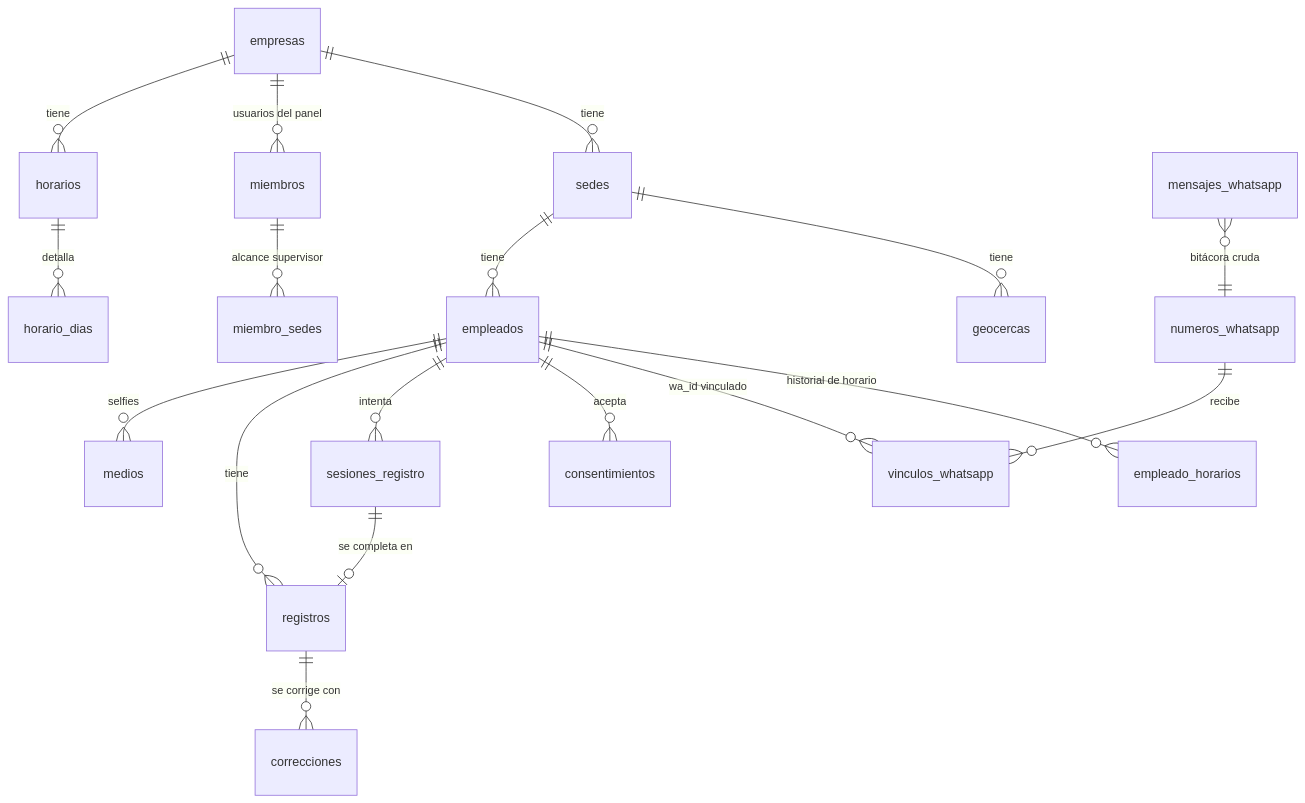
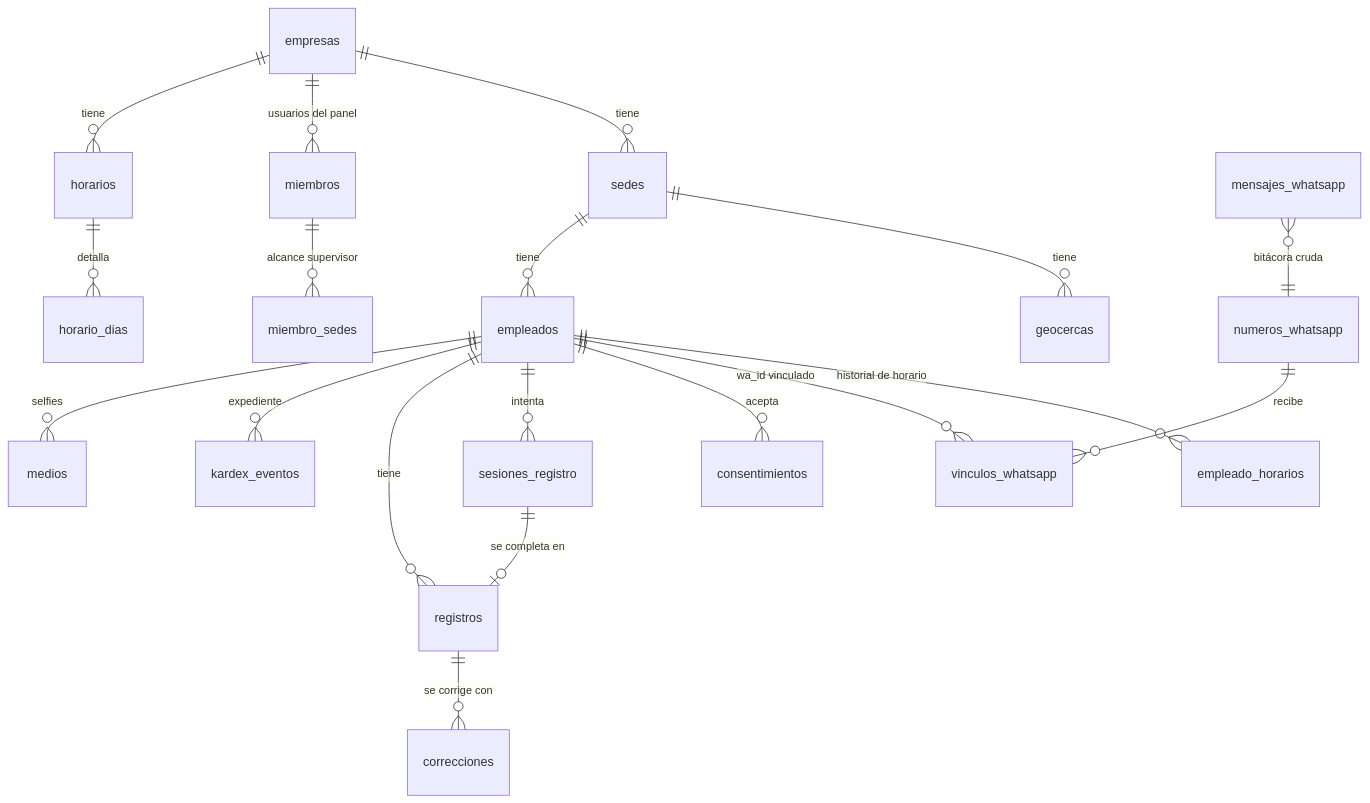
The diagram in docs/esquema-bd.md (baroxio/RelojChecador), drawn with Mermaid before and after one commit. The commit also changed other lines of this file and 11 other files, not shown here.

````diff
--- a/docs/esquema-bd.md
+++ b/docs/esquema-bd.md
@@ -13,20 +13,21 @@
 ```mermaid
 erDiagram
   empresas ||--o{ sedes : tiene
   sedes ||--o{ geocercas : tiene
   empresas ||--o{ miembros : "usuarios del panel"
   miembros ||--o{ miembro_sedes : "alcance supervisor"
   empresas ||--o{ horarios : tiene
   horarios ||--o{ horario_dias : detalla
   sedes ||--o{ empleados : tiene
   empleados ||--o{ empleado_horarios : "historial de horario"
   empleados ||--o{ vinculos_whatsapp : "wa_id vinculado"
   empleados ||--o{ consentimientos : acepta
   empleados ||--o{ sesiones_registro : intenta
   sesiones_registro ||--o| registros : "se completa en"
   empleados ||--o{ registros : tiene
   registros ||--o{ correcciones : "se corrige con"
+  empleados ||--o{ kardex_eventos : "expediente"
   empleados ||--o{ medios : "selfies"
   numeros_whatsapp ||--o{ vinculos_whatsapp : recibe
   mensajes_whatsapp }o--|| numeros_whatsapp : "bitácora cruda"
 ```
````
